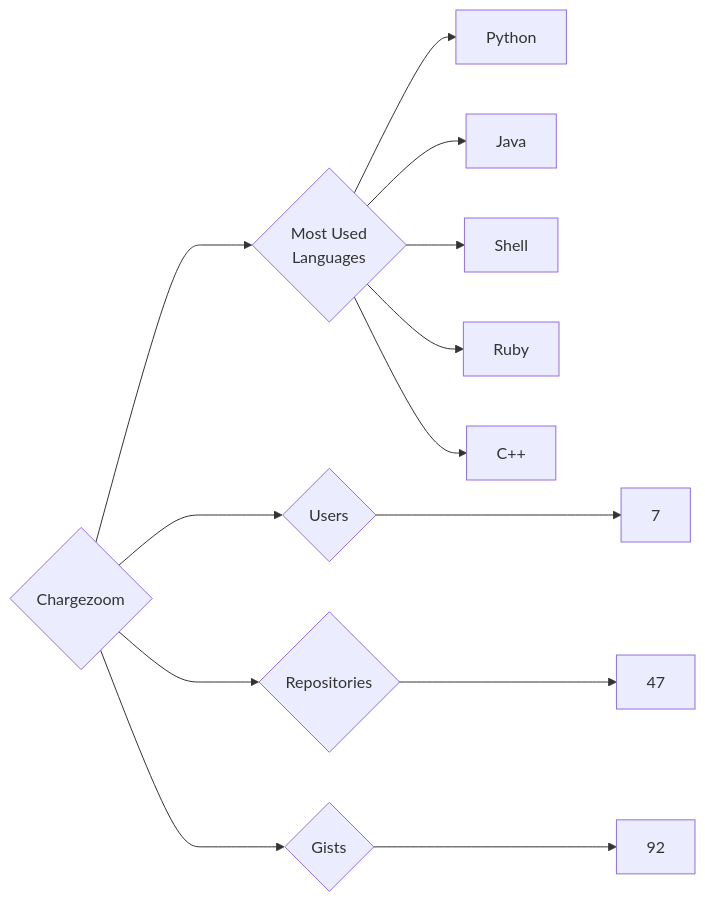
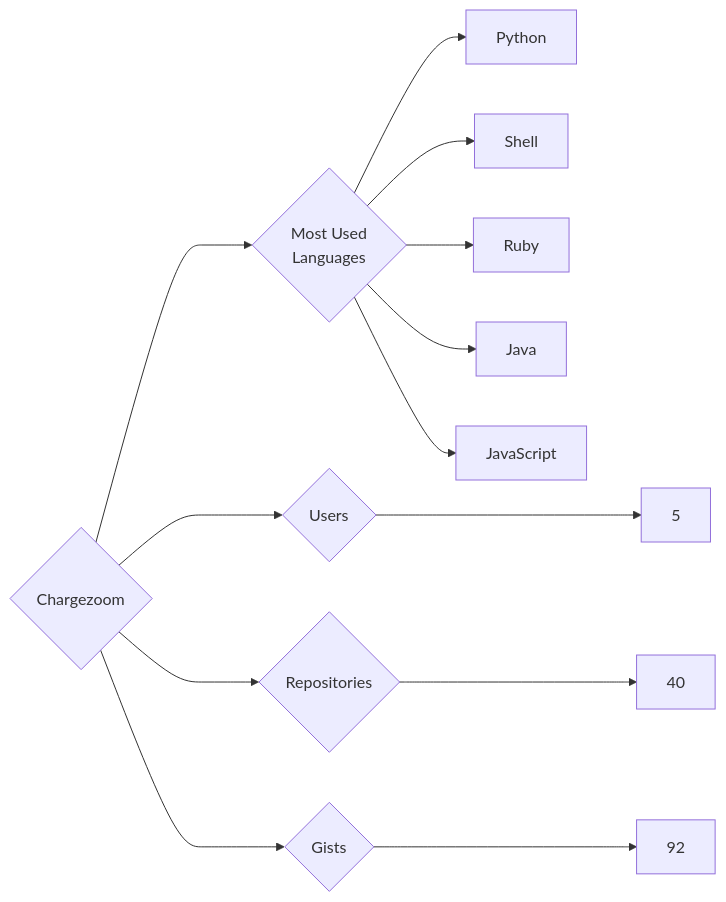
The diagram in targets/Chargezoom/README.md (trickest/insiders), drawn with Mermaid before and after one commit. The commit also changed 998 other files, not shown here.

````diff
--- a/targets/Chargezoom/README.md
+++ b/targets/Chargezoom/README.md
@@ -3,13 +3,13 @@
 ```mermaid
 graph LR
 COMPANY_NAME{Chargezoom}
-COMPANY_NAME ---> U{Users} ---> UN[7]
-COMPANY_NAME ---> R{Repositories} ---> RN[47]
+COMPANY_NAME ---> U{Users} ---> UN[5]
+COMPANY_NAME ---> R{Repositories} ---> RN[40]
 COMPANY_NAME ---> G{Gists} ---> GN[92]
 COMPANY_NAME ---> ML{Most Used<br>Languages}
 ML --> Python[Python]
-ML --> Java[Java]
 ML --> Shell[Shell]
 ML --> Ruby[Ruby]
-ML --> C++[C++]
+ML --> Java[Java]
+ML --> JavaScript[JavaScript]
 ```
````
